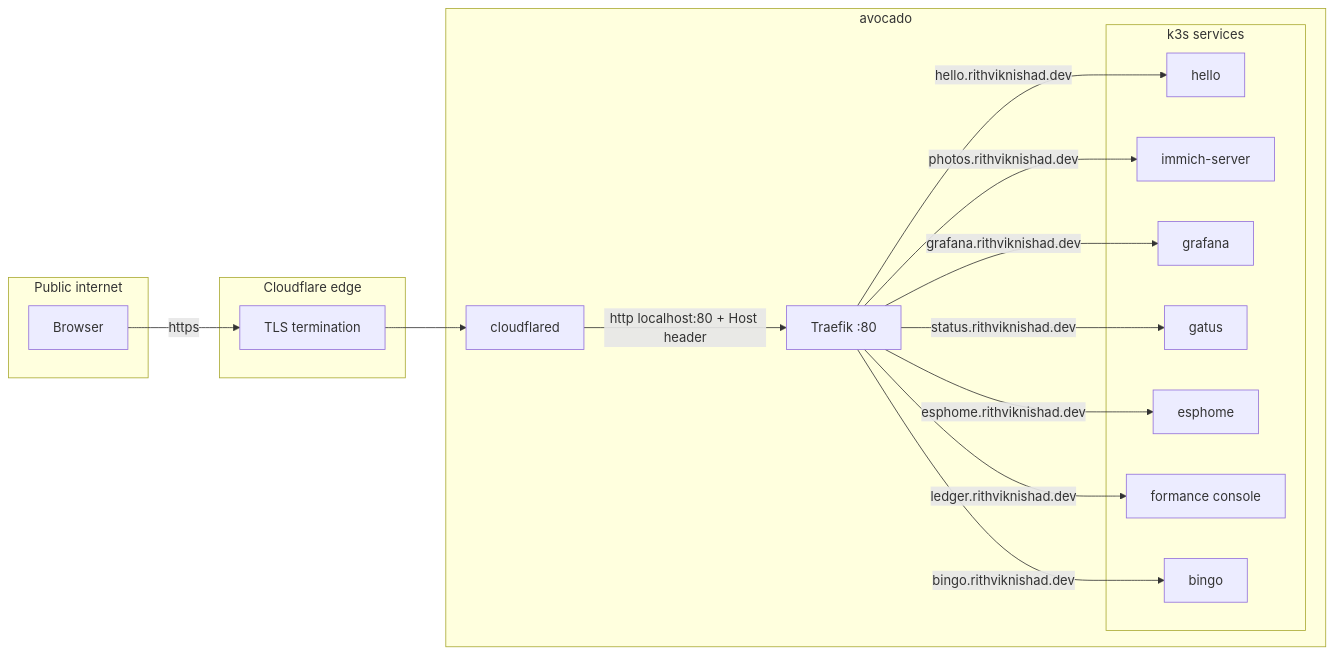
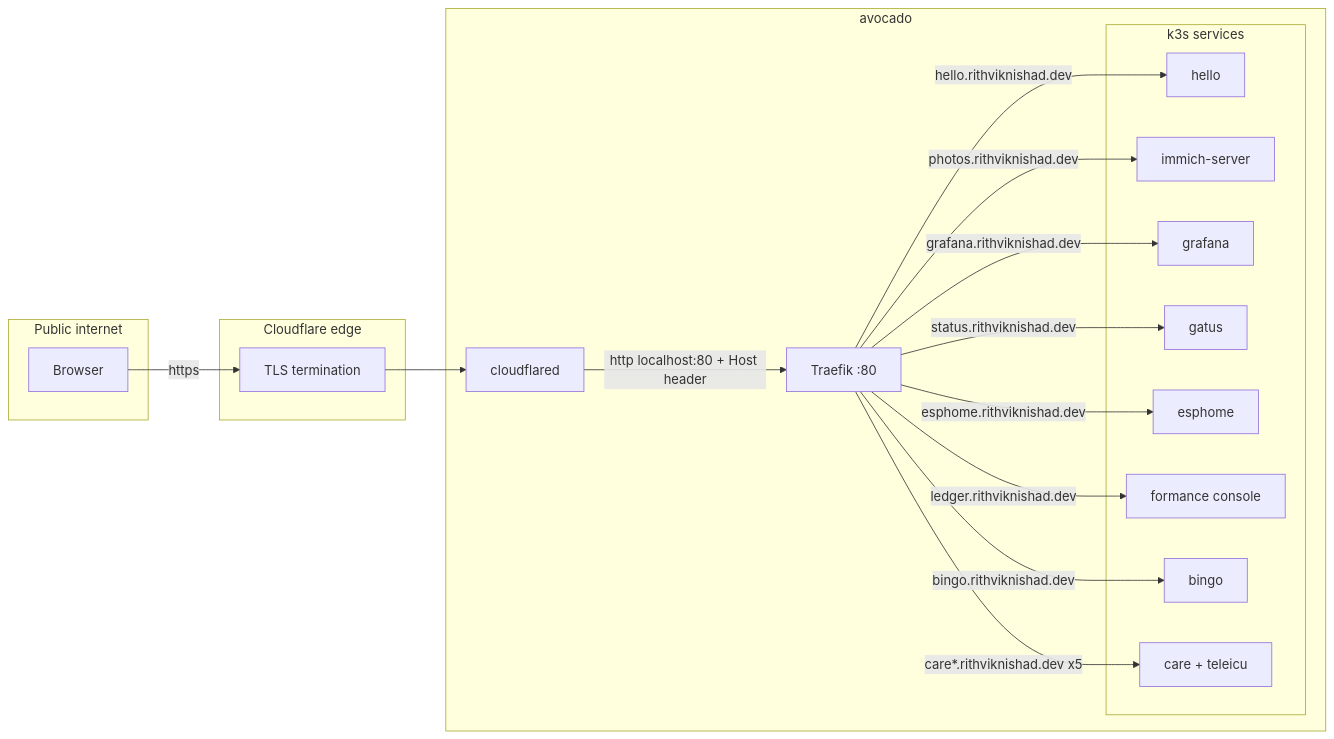
One commit to rithviknishad/systems.nix changed the diagram in docs/networking.md. Above: the diagram before and after it, drawn with Mermaid. The commit also changed other lines of this file and 23 other files, not shown here.

Commit message:
setup care teleicu stack

````diff
--- a/docs/networking.md
+++ b/docs/networking.md
@@ -51,32 +51,34 @@
 ```mermaid
 flowchart LR
     subgraph internet[Public internet]
         user[Browser]
     end
     subgraph cf[Cloudflare edge]
         tls[TLS termination]
     end
     subgraph box[avocado]
         cd[cloudflared]
         traefik[Traefik :80]
         subgraph k8s[k3s services]
             hello[hello]
             immich[immich-server]
             grafana[grafana]
             gatus[gatus]
             esphome[esphome]
             ledger[formance console]
             bingo[bingo]
+            care[care + teleicu]
         end
     end
 
     user -->|https| tls --> cd
     cd -->|http localhost:80 + Host header| traefik
     traefik -->|hello.rithviknishad.dev| hello
     traefik -->|photos.rithviknishad.dev| immich
     traefik -->|grafana.rithviknishad.dev| grafana
     traefik -->|status.rithviknishad.dev| gatus
     traefik -->|esphome.rithviknishad.dev| esphome
     traefik -->|ledger.rithviknishad.dev| ledger
     traefik -->|bingo.rithviknishad.dev| bingo
+    traefik -->|care*.rithviknishad.dev x5| care
 ```
````
